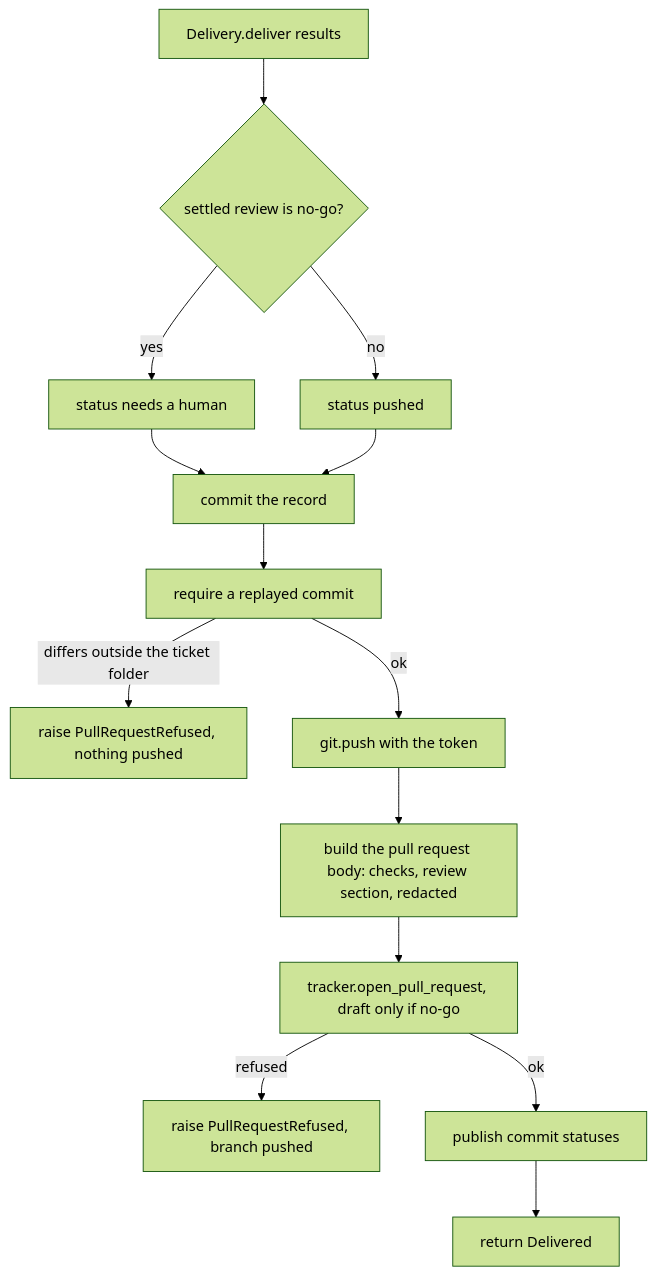
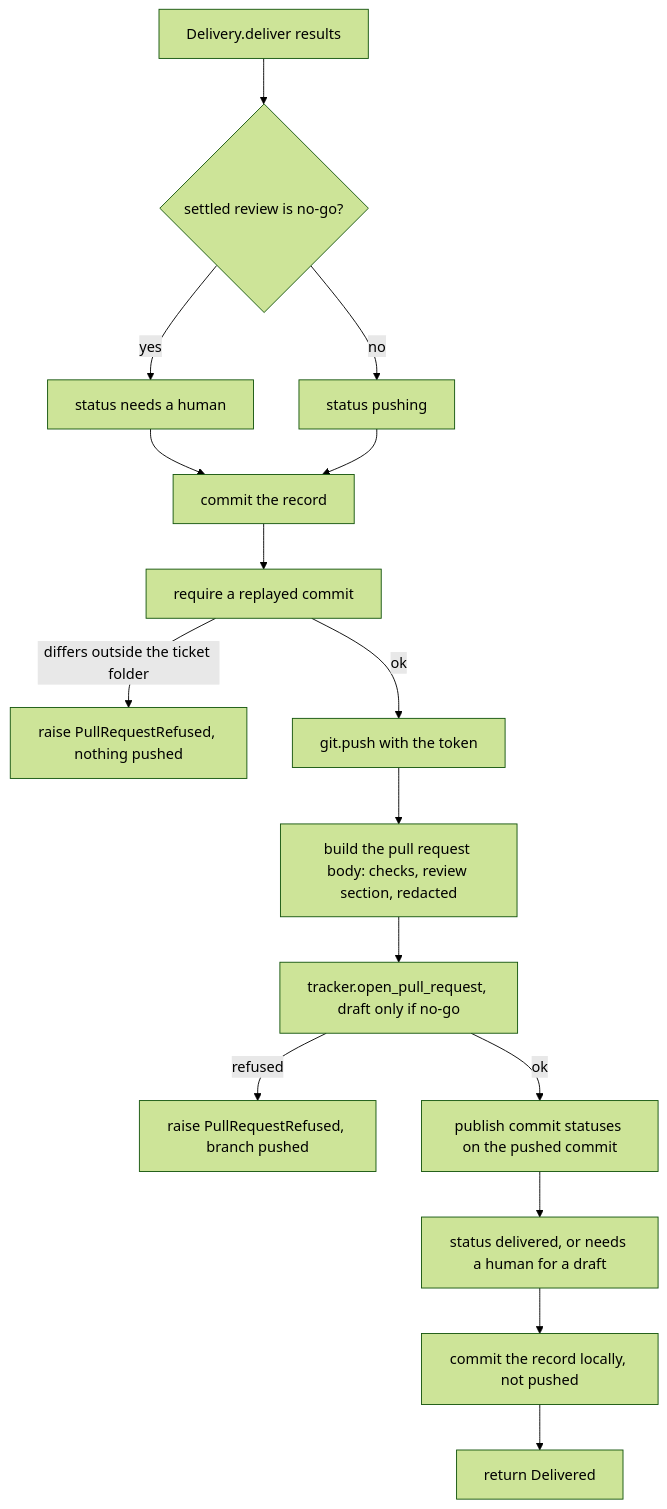
One commit to plaplanche/ariane changed the first of 3 diagrams in docs/architecture/modules/delivery.md. Above: the diagram before and after it, drawn with Mermaid (forest theme). The commit also changed other lines of this file and 8 other files, not shown here.

Commit message:
#144: Commit the journal entries written after the push, and stop calling the branch "pushed" before it is (C1, C11, C23)

````diff
--- a/docs/architecture/modules/delivery.md
+++ b/docs/architecture/modules/delivery.md
@@ -23,16 +24,18 @@
 ```mermaid
 flowchart TD
   A[Delivery.deliver results] --> E{settled review is no-go?}
   E -- yes --> F[status needs a human]
-  E -- no --> G[status pushed]
+  E -- no --> G[status pushing]
   F --> H[commit the record]
   G --> H
   H --> B[require a replayed commit]
   B -- differs outside the ticket folder --> X[raise PullRequestRefused, nothing pushed]
   B -- ok --> C[git.push with the token]
   C --> D[build the pull request body: checks, review section, redacted]
   D --> O[tracker.open_pull_request, draft only if no-go]
   O -- refused --> X2[raise PullRequestRefused, branch pushed]
-  O -- ok --> I[publish commit statuses]
-  I --> J[return Delivered]
+  O -- ok --> I[publish commit statuses on the pushed commit]
+  I --> K[status delivered, or needs a human for a draft]
+  K --> L[commit the record locally, not pushed]
+  L --> J[return Delivered]
 ```
````
